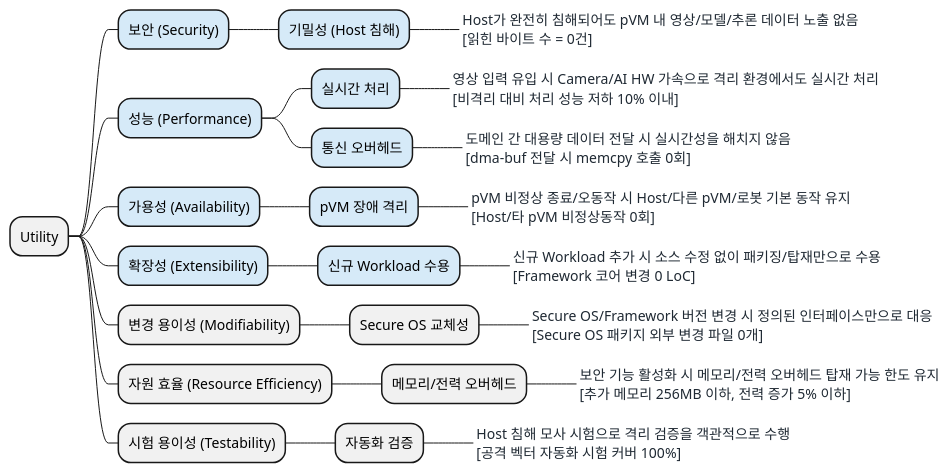
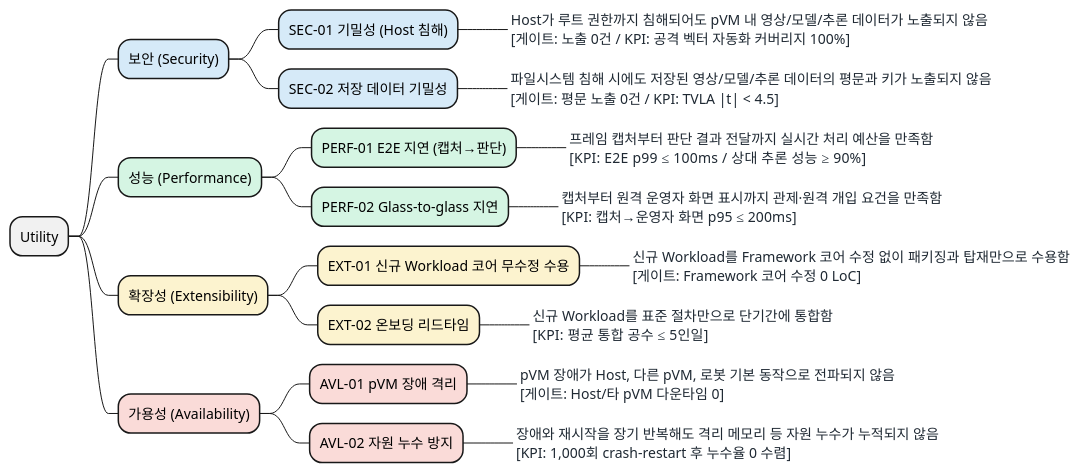
The diagram in docs/03_utility_tree.md (boram1288/test-p), drawn with PlantUML before and after one commit. The commit also changed other lines of this file and 1 other file, not shown here.

````diff
--- a/docs/03_utility_tree.md
+++ b/docs/03_utility_tree.md
@@ -24,35 +27,32 @@
 ```plantuml
 @startmindmap
 <style>
 mindmapDiagram {
   boxless {
     FontColor #1F2933
   }
 }
 </style>
 * Utility
 **[#D6EAF8] 보안 (Security)
-***[#D6EAF8] 기밀성 (Host 침해)
-****_ Host가 완전히 침해되어도 pVM 내 영상/모델/추론 데이터 노출 없음\n[읽힌 바이트 수 = 0건]
-**[#D6EAF8] 성능 (Performance)
-***[#D6EAF8] 실시간 처리
-****_ 영상 입력 유입 시 Camera/AI HW 가속으로 격리 환경에서도 실시간 처리\n[비격리 대비 처리 성능 저하 10% 이내]
-***[#D6EAF8] 통신 오버헤드
-****_ 도메인 간 대용량 데이터 전달 시 실시간성을 해치지 않음\n[dma-buf 전달 시 memcpy 호출 0회]
-**[#D6EAF8] 가용성 (Availability)
-***[#D6EAF8] pVM 장애 격리
-****_ pVM 비정상 종료/오동작 시 Host/다른 pVM/로봇 기본 동작 유지\n[Host/타 pVM 비정상동작 0회]
-**[#D6EAF8] 확장성 (Extensibility)
-***[#D6EAF8] 신규 Workload 수용
-****_ 신규 Workload 추가 시 소스 수정 없이 패키징/탑재만으로 수용\n[Framework 코어 변경 0 LoC]
-** 변경 용이성 (Modifiability)
-*** Secure OS 교체성
-****_ Secure OS/Framework 버전 변경 시 정의된 인터페이스만으로 대응\n[Secure OS 패키지 외부 변경 파일 0개]
-** 자원 효율 (Resource Efficiency)
-*** 메모리/전력 오버헤드
-****_ 보안 기능 활성화 시 메모리/전력 오버헤드 탑재 가능 한도 유지\n[추가 메모리 256MB 이하, 전력 증가 5% 이하]
-** 시험 용이성 (Testability)
-*** 자동화 검증
-****_ Host 침해 모사 시험으로 격리 검증을 객관적으로 수행\n[공격 벡터 자동화 시험 커버 100%]
+***[#D6EAF8] SEC-01 기밀성 (Host 침해)
+****_ Host가 루트 권한까지 침해되어도 pVM 내 영상/모델/추론 데이터가 노출되지 않음\n[게이트: 노출 0건 / KPI: 공격 벡터 자동화 커버리지 100%]
+***[#D6EAF8] SEC-02 저장 데이터 기밀성
+****_ 파일시스템 침해 시에도 저장된 영상/모델/추론 데이터의 평문과 키가 노출되지 않음\n[게이트: 평문 노출 0건 / KPI: TVLA |t| < 4.5]
+**[#D5F5E3] 성능 (Performance)
+***[#D5F5E3] PERF-01 E2E 지연 (캡처→판단)
+****_ 프레임 캡처부터 판단 결과 전달까지 실시간 처리 예산을 만족함\n[KPI: E2E p99 ≤ 100ms / 상대 추론 성능 ≥ 90%]
+***[#D5F5E3] PERF-02 Glass-to-glass 지연
+****_ 캡처부터 원격 운영자 화면 표시까지 관제·원격 개입 요건을 만족함\n[KPI: 캡처→운영자 화면 p95 ≤ 200ms]
+**[#FCF3CF] 확장성 (Extensibility)
+***[#FCF3CF] EXT-01 신규 Workload 코어 무수정 수용
+****_ 신규 Workload를 Framework 코어 수정 없이 패키징과 탑재만으로 수용함\n[게이트: Framework 코어 수정 0 LoC]
+***[#FCF3CF] EXT-02 온보딩 리드타임
+****_ 신규 Workload를 표준 절차만으로 단기간에 통합함\n[KPI: 평균 통합 공수 ≤ 5인일]
+**[#FADBD8] 가용성 (Availability)
+***[#FADBD8] AVL-01 pVM 장애 격리
+****_ pVM 장애가 Host, 다른 pVM, 로봇 기본 동작으로 전파되지 않음\n[게이트: Host/타 pVM 다운타임 0]
+***[#FADBD8] AVL-02 자원 누수 방지
+****_ 장애와 재시작을 장기 반복해도 격리 메모리 등 자원 누수가 누적되지 않음\n[KPI: 1,000회 crash-restart 후 누수율 0 수렴]
 @endmindmap
 ```
````
